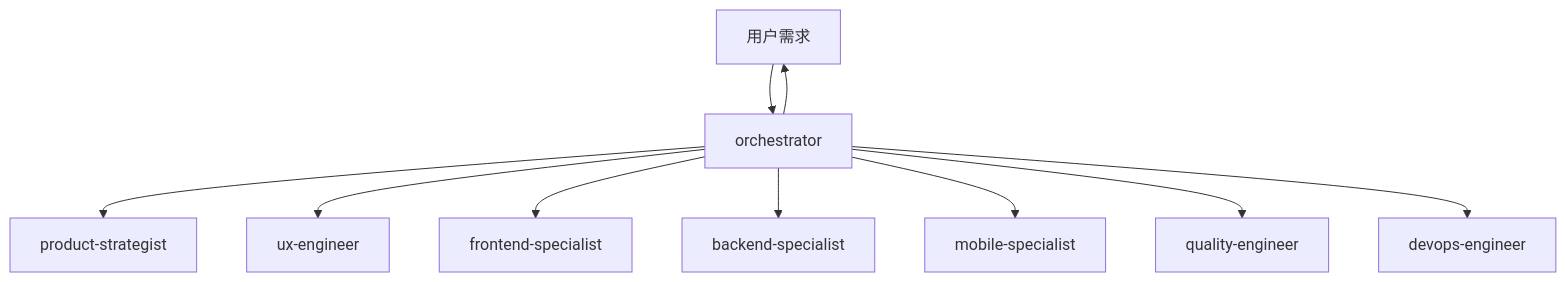
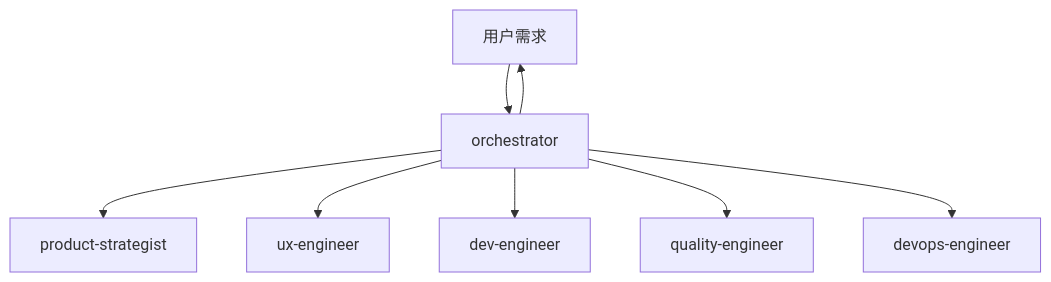
One commit to Tooooommy/Trae-Workflow changed the first of 2 diagrams in README.md. Above: the diagram before and after it, drawn with Mermaid. The commit also changed other lines of this file and 17 other files, not shown here.

````diff
--- a/README.md
+++ b/README.md
@@ -139,12 +139,10 @@
 ```mermaid
 flowchart TD
     User[用户需求] --> O[orchestrator]
     O --> P[product-strategist]
     O --> U[ux-engineer]
-    O --> F[frontend-specialist]
-    O --> B[backend-specialist]
-    O --> M[mobile-specialist]
+    O --> D[dev-engineer]
     O --> Q[quality-engineer]
-    O --> D[devops-engineer]
+    O --> DO[devops-engineer]
     O --> User
 ```
````
